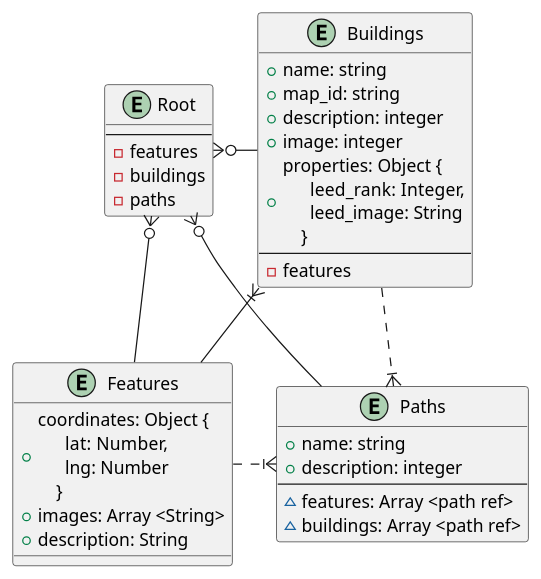
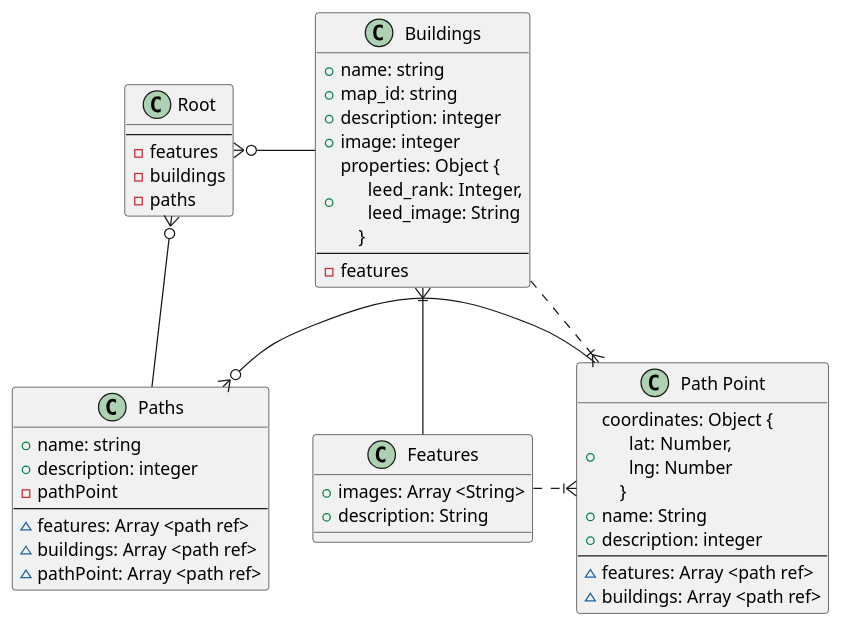
Before and after one commit to OSU-Sustainability-Office/sustainability_map: the diagram in documents/VuexSustainabilityMap.puml, drawn with PlantUML. The commit also changed 3 other files, not shown here.

Commit message:
updated UML

```diff
--- a/documents/VuexSustainabilityMap.puml
+++ b/documents/VuexSustainabilityMap.puml
@@ -1,44 +1,53 @@
 @startuml VuexSustainabilityMap
-entity "Root" as root  {
+class "Root" as root  {
   --
   - features
   - buildings
   - paths
 }
 
-entity "Buildings" as buildings {
+class "Buildings" as buildings {
   + name: string
   + map_id: string
   + description: integer
   + image: integer
   + properties: Object {\n\
       leed_rank: Integer,\n\
       leed_image: String\n\
     }
   --
   - features
 }
 
-entity "Features" as features {
+class "Features" as features {
+  + images: Array <String>
+  + description: String
+}
+
+class "Paths" as paths {
+  + name: string
+  + description: integer
+  - pathPoint
+  --
+  ~ features: Array <path ref>
+  ~ buildings: Array <path ref>
+  ~ pathPoint: Array <path ref>
+}
+class "Path Point" as pathPoint {
   + coordinates: Object {\n\
       lat: Number,\n\
       lng: Number\n\
     }
-  + images: Array <String>
-  + description: String
+ + name: String
+ + description: integer
+ --
+ ~ features: Array <path ref>
+ ~ buildings: Array <path ref>
 }
-
-entity "Paths" as paths {
-  + name: string
-  + description: integer
-  --
-  ~ features: Array <path ref>
-  ~ buildings: Array <path ref>
-}
-root }o-right- features
+paths }o-right- pathPoint
 root }o-right- buildings
 root }o-right- paths
-paths }|-left[dashed]- features
-paths }|-left[dashed]- buildings
+pathPoint }|-left[dashed]- features
+pathPoint }|-left[dashed]- buildings
 buildings }|-- features
 @enduml
```
